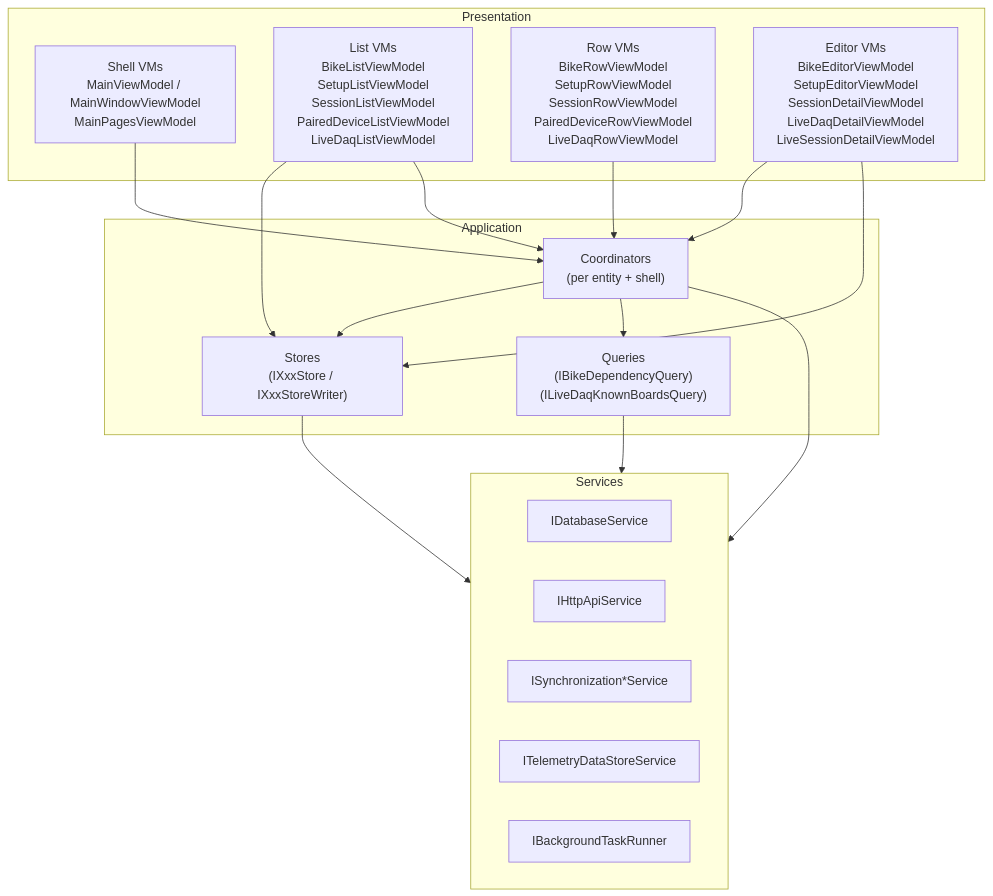
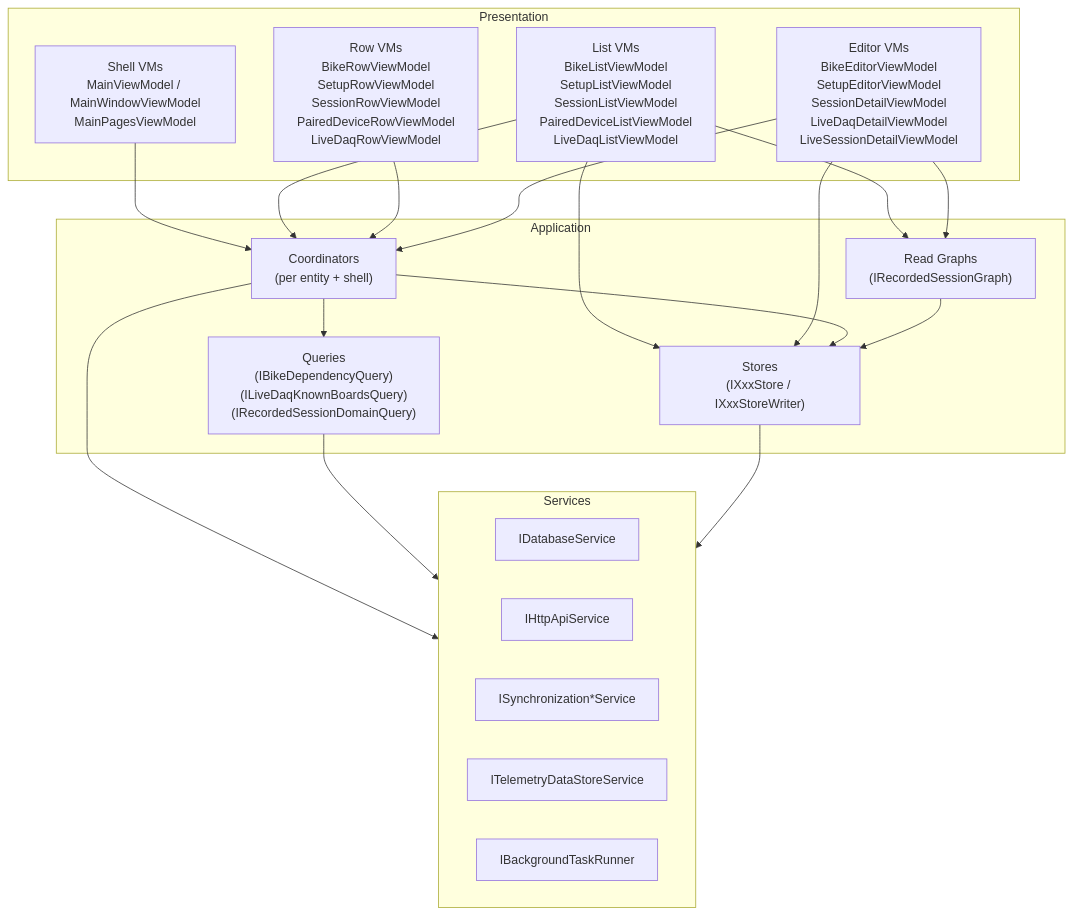
The first of 2 diagrams in docs/architecture/ui.md (MoridinBG/Sufni.app), drawn with Mermaid before and after one commit. The commit also changed other lines of this file and 10 other files, not shown here.

````diff
--- a/docs/architecture/ui.md
+++ b/docs/architecture/ui.md
@@ -30,35 +31,39 @@
 ```mermaid
 graph TB
     subgraph Presentation["Presentation"]
         Shell["Shell VMs<br/>MainViewModel / MainWindowViewModel<br/>MainPagesViewModel"]
         Lists["List VMs<br/>BikeListViewModel<br/>SetupListViewModel<br/>SessionListViewModel<br/>PairedDeviceListViewModel<br/>LiveDaqListViewModel"]
         Rows["Row VMs<br/>BikeRowViewModel<br/>SetupRowViewModel<br/>SessionRowViewModel<br/>PairedDeviceRowViewModel<br/>LiveDaqRowViewModel"]
         Editors["Editor VMs<br/>BikeEditorViewModel<br/>SetupEditorViewModel<br/>SessionDetailViewModel<br/>LiveDaqDetailViewModel<br/>LiveSessionDetailViewModel"]
     end
 
     subgraph Application["Application"]
         Coords["Coordinators<br/>(per entity + shell)"]
         Stores["Stores<br/>(IXxxStore / IXxxStoreWriter)"]
-        Queries["Queries<br/>(IBikeDependencyQuery)<br/>(ILiveDaqKnownBoardsQuery)"]
+        Graphs["Read Graphs<br/>(IRecordedSessionGraph)"]
+        Queries["Queries<br/>(IBikeDependencyQuery)<br/>(ILiveDaqKnownBoardsQuery)<br/>(IRecordedSessionDomainQuery)"]
     end
 
     subgraph Services["Services"]
         DBSvc["IDatabaseService"]
         HttpSvc["IHttpApiService"]
         SyncSvc["ISynchronization*Service"]
         DSSSvc["ITelemetryDataStoreService"]
         BgSvc["IBackgroundTaskRunner"]
     end
 
     Shell --> Coords
     Lists --> Stores
+    Lists --> Graphs
     Lists --> Coords
     Rows --> Coords
     Editors --> Coords
     Editors --> Stores
+    Editors --> Graphs
     Coords --> Stores
     Coords --> Queries
     Coords --> Services
+    Graphs --> Stores
     Queries --> Services
     Stores --> Services
 ```
````
